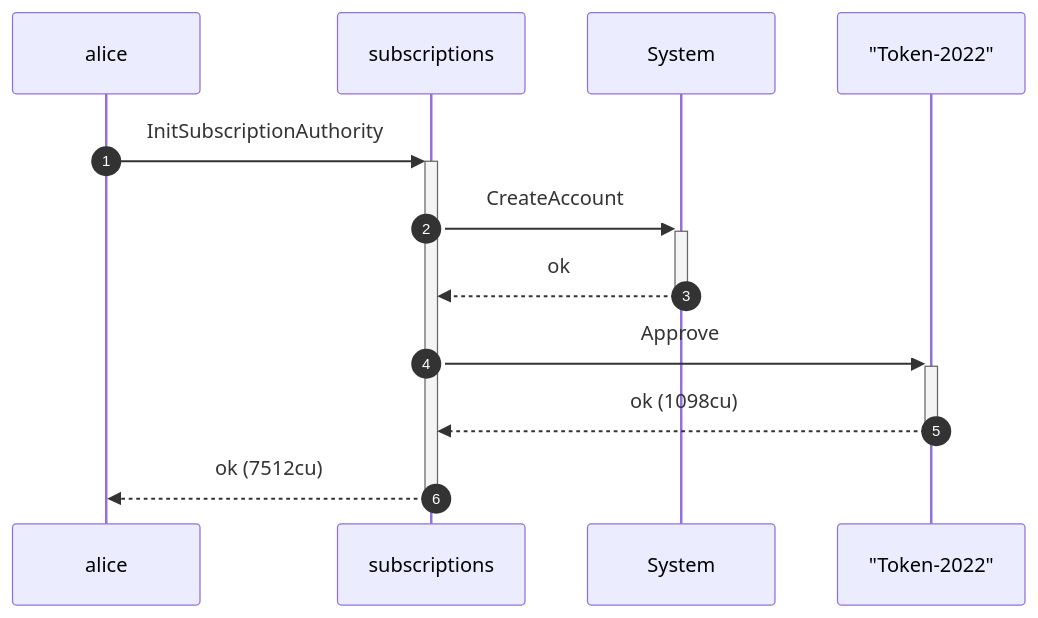
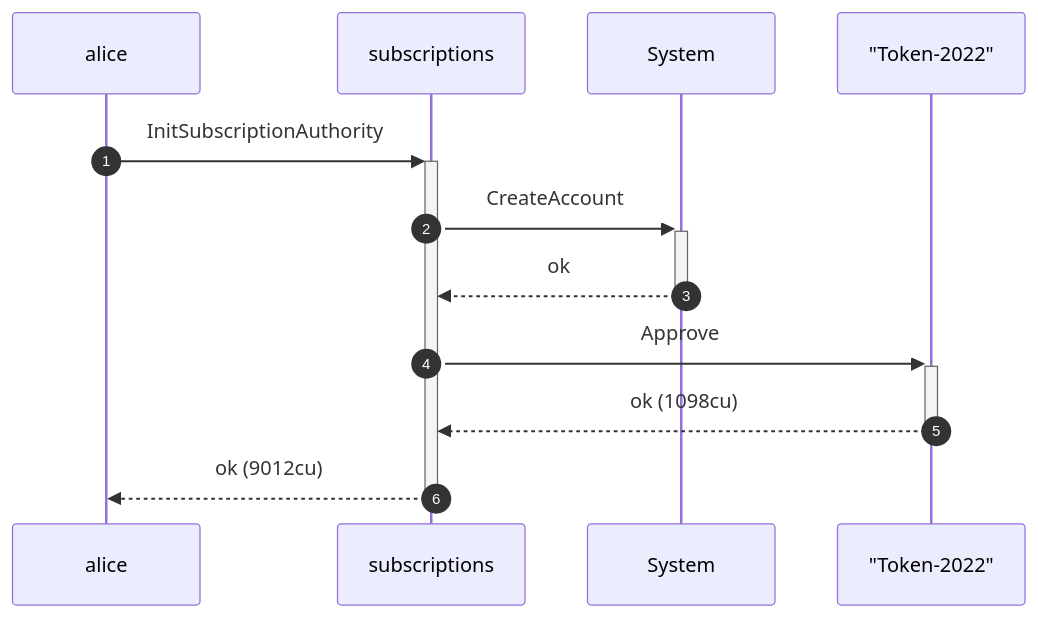
One commit to cds-rs/subscriptions changed the second of 4 diagrams in dsl_tests/allow-an-active-transfer-hook.md. Above: the diagram before and after it, drawn with Mermaid. The commit also changed other lines of this file and 224 other files, not shown here.

````diff
--- a/dsl_tests/allow-an-active-transfer-hook.md
+++ b/dsl_tests/allow-an-active-transfer-hook.md
@@ -38,14 +39,14 @@
 ```mermaid
 sequenceDiagram
     autonumber
     participant alice
     participant subscriptions
     participant System
     participant Token_2022 as "Token-2022"
     alice ->>+ subscriptions: InitSubscriptionAuthority
     subscriptions ->>+ System: CreateAccount
     System -->>- subscriptions: ok
     subscriptions ->>+ Token_2022: Approve
     Token_2022 -->>- subscriptions: ok (1098cu)
-    subscriptions -->>- alice: ok (7512cu)
+    subscriptions -->>- alice: ok (9012cu)
 ```
````
